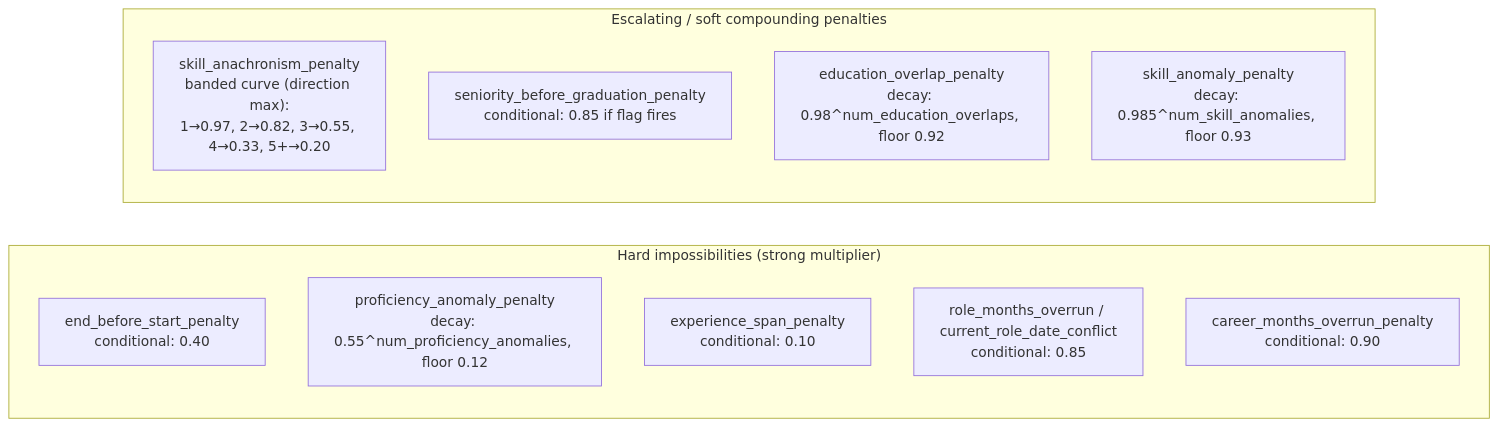
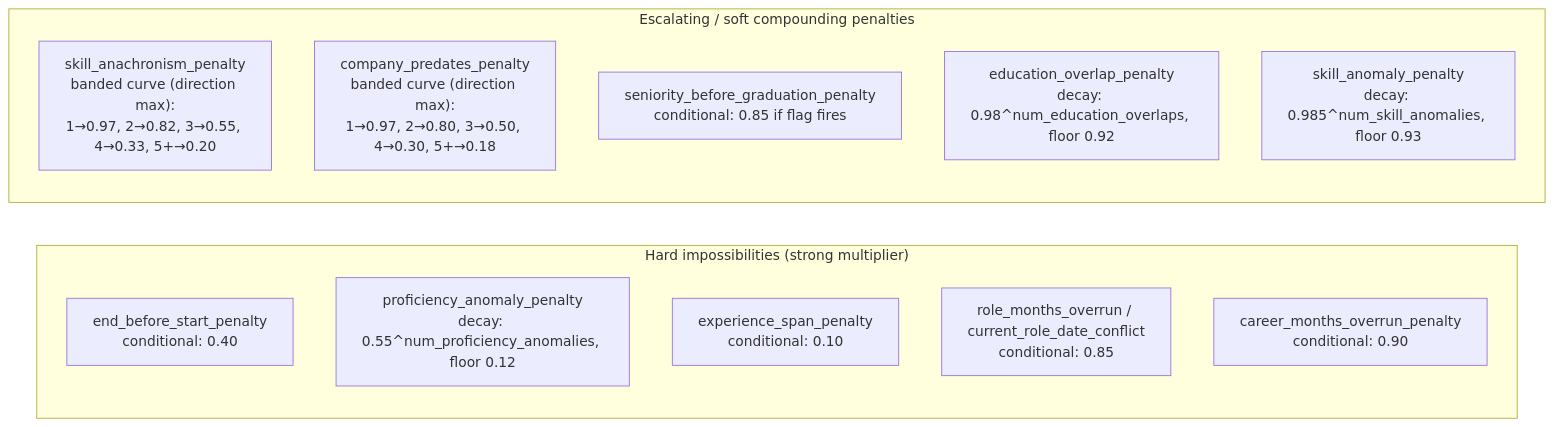
One commit to ankitkr-04/candidate-ranker-v2 changed the second of 2 diagrams in docs/integrity.md. Above: the diagram before and after it, drawn with Mermaid. The commit also changed other lines of this file and 6 other files, not shown here.

````diff
--- a/docs/integrity.md
+++ b/docs/integrity.md
@@ -170,17 +194,18 @@
 ```mermaid
 graph LR
     subgraph "Hard impossibilities (strong multiplier)"
         H1["end_before_start_penalty\nconditional: 0.40"]
         H2["proficiency_anomaly_penalty\ndecay: 0.55^num_proficiency_anomalies, floor 0.12"]
         H3["experience_span_penalty\nconditional: 0.10"]
         H4["role_months_overrun / current_role_date_conflict\nconditional: 0.85"]
         H5["career_months_overrun_penalty\nconditional: 0.90"]
     end
 
     subgraph "Escalating / soft compounding penalties"
         P1["skill_anachronism_penalty\nbanded curve (direction max):\n1→0.97, 2→0.82, 3→0.55, 4→0.33, 5+→0.20"]
-        P2["seniority_before_graduation_penalty\nconditional: 0.85 if flag fires"]
-        P3["education_overlap_penalty\ndecay: 0.98^num_education_overlaps, floor 0.92"]
-        P4["skill_anomaly_penalty\ndecay: 0.985^num_skill_anomalies, floor 0.93"]
+        P2["company_predates_penalty\nbanded curve (direction max):\n1→0.97, 2→0.80, 3→0.50, 4→0.30, 5+→0.18"]
+        P3["seniority_before_graduation_penalty\nconditional: 0.85 if flag fires"]
+        P4["education_overlap_penalty\ndecay: 0.98^num_education_overlaps, floor 0.92"]
+        P5["skill_anomaly_penalty\ndecay: 0.985^num_skill_anomalies, floor 0.93"]
     end
 ```
````
